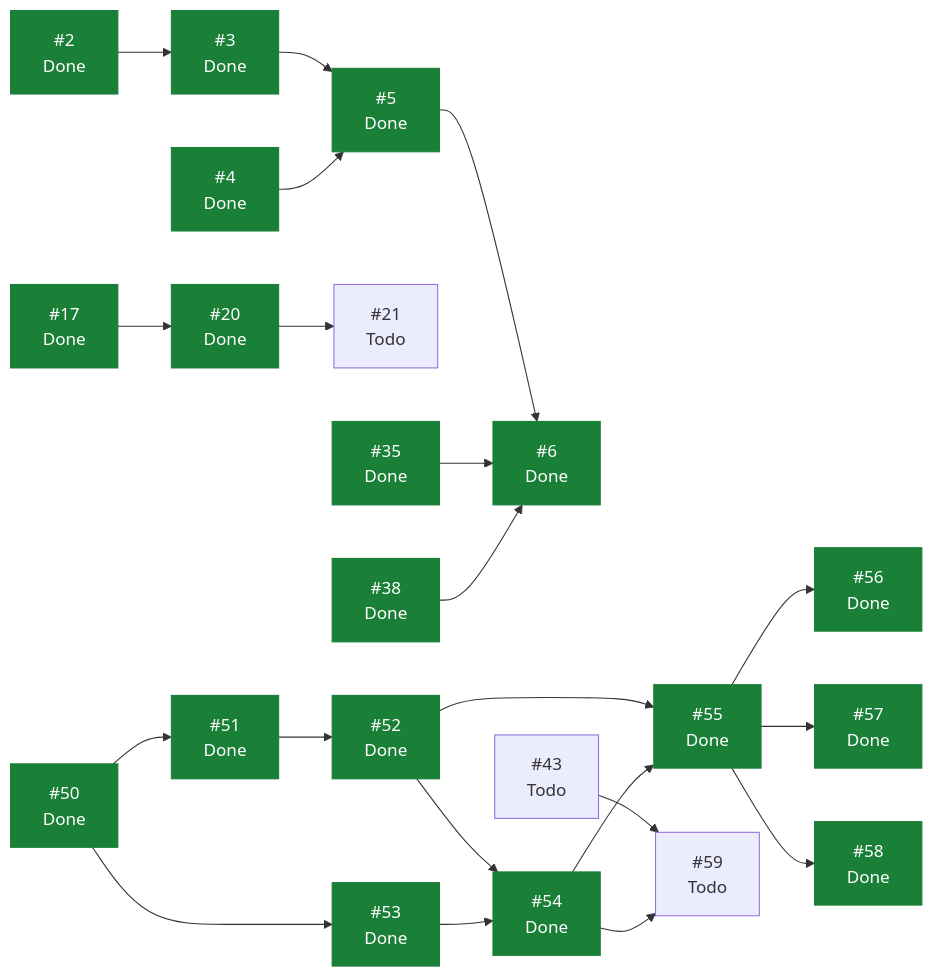
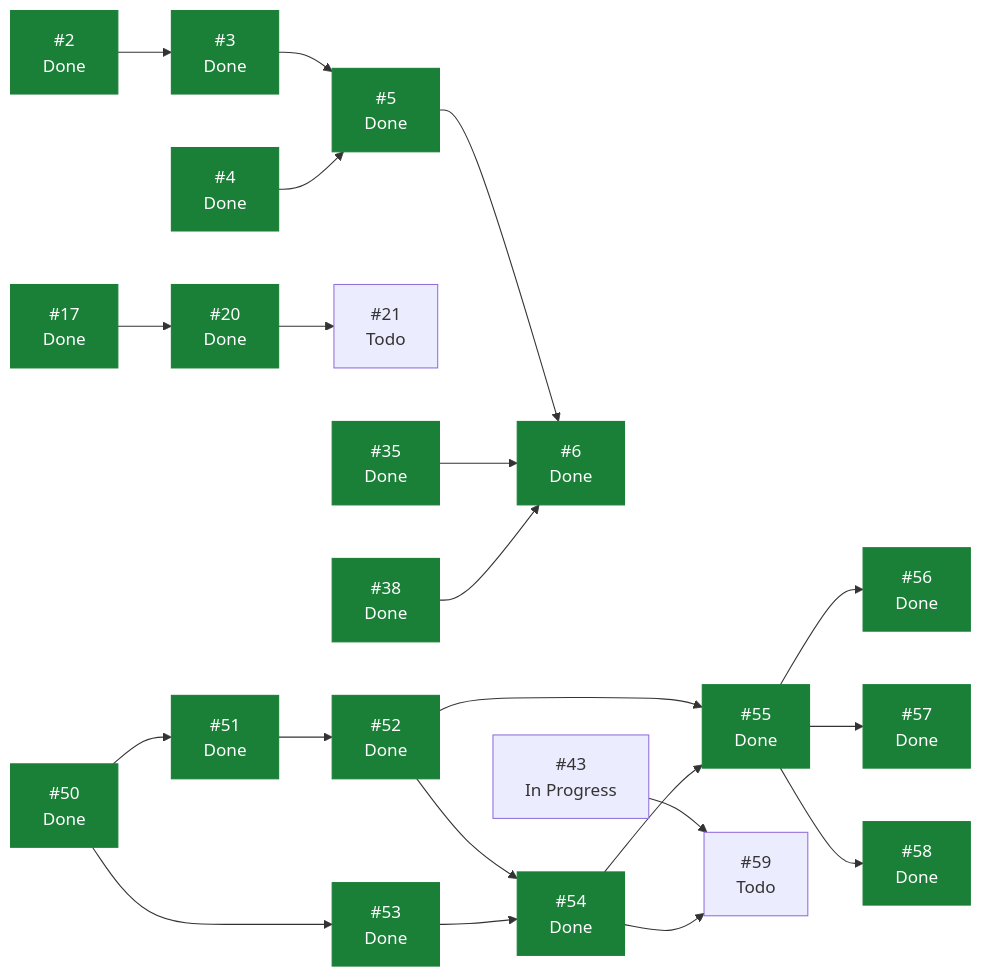
One commit to ecamp0s/evault changed the diagram in docs/planning/STATUS.md. Above: the diagram before and after it, drawn with Mermaid. The commit also changed other lines of this file, not shown here.

````diff
--- a/docs/planning/STATUS.md
+++ b/docs/planning/STATUS.md
@@ -86,46 +88,46 @@
 ```mermaid
 graph LR
   I2["#2<br/>Done"]
   I3["#3<br/>Done"]
   I4["#4<br/>Done"]
   I5["#5<br/>Done"]
   I6["#6<br/>Done"]
   I17["#17<br/>Done"]
   I20["#20<br/>Done"]
   I21["#21<br/>Todo"]
   I35["#35<br/>Done"]
   I38["#38<br/>Done"]
-  I43["#43<br/>Todo"]
+  I43["#43<br/>In Progress"]
   I50["#50<br/>Done"]
   I51["#51<br/>Done"]
   I52["#52<br/>Done"]
   I53["#53<br/>Done"]
   I54["#54<br/>Done"]
   I55["#55<br/>Done"]
   I56["#56<br/>Done"]
   I57["#57<br/>Done"]
   I58["#58<br/>Done"]
   I59["#59<br/>Todo"]
   I2 --> I3
   I3 --> I5
   I4 --> I5
   I5 --> I6
   I17 --> I20
   I20 --> I21
   I35 --> I6
   I38 --> I6
   I43 --> I59
   I50 --> I51
   I50 --> I53
   I51 --> I52
   I52 --> I54
   I52 --> I55
   I53 --> I54
   I54 --> I55
   I54 --> I59
   I55 --> I56
   I55 --> I57
   I55 --> I58
   classDef hecho fill:#1a7f37,stroke:#1a7f37,color:#fff;
   class I2,I3,I4,I5,I6,I17,I20,I35,I38,I50,I51,I52,I53,I54,I55,I56,I57,I58 hecho;
 ```
````
